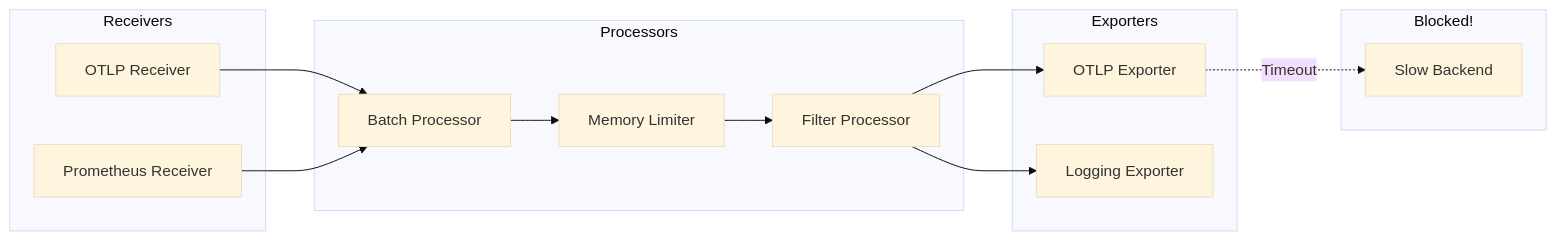
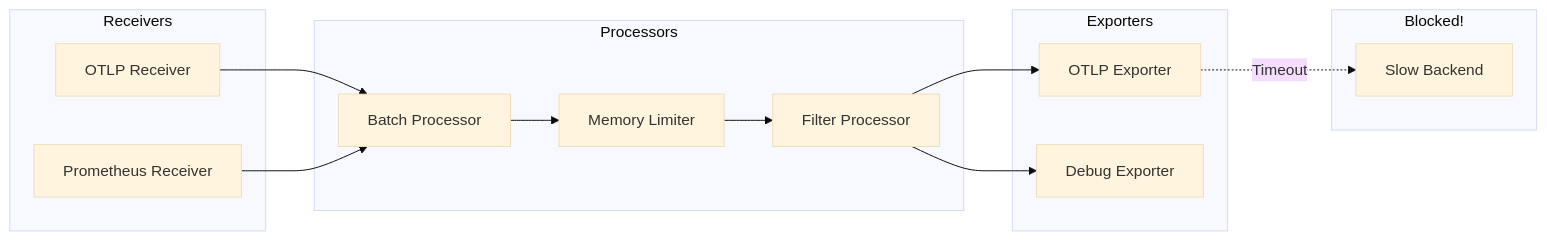
Before and after one commit to OneUptime/blog: the first of 4 diagrams in posts/2026-01-24-collector-pipeline-blocked/README.md, drawn with Mermaid (base theme). The commit also changed other lines of this file and 4262 other files, not shown here.

````diff
--- a/posts/2026-01-24-collector-pipeline-blocked/README.md
+++ b/posts/2026-01-24-collector-pipeline-blocked/README.md
@@ -17,31 +17,31 @@
 ```mermaid
 flowchart LR
     subgraph Receivers["Receivers"]
         R1[OTLP Receiver]
         R2[Prometheus Receiver]
     end
 
     subgraph Processors["Processors"]
         P1[Batch Processor]
         P2[Memory Limiter]
         P3[Filter Processor]
     end
 
     subgraph Exporters["Exporters"]
         E1[OTLP Exporter]
-        E2[Logging Exporter]
+        E2[Debug Exporter]
     end
 
     R1 --> P1
     R2 --> P1
     P1 --> P2
     P2 --> P3
     P3 --> E1
     P3 --> E2
 
     subgraph Blocked["Blocked!"]
         X[Slow Backend]
     end
 
     E1 -.->|Timeout| X
 ```
````
